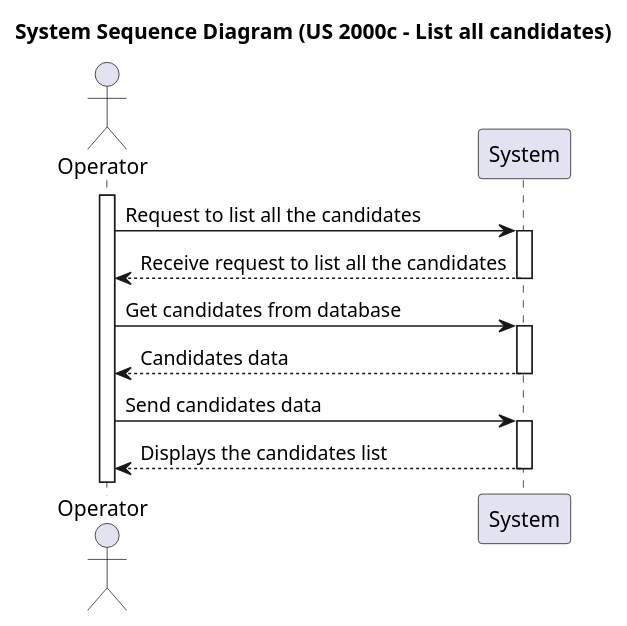
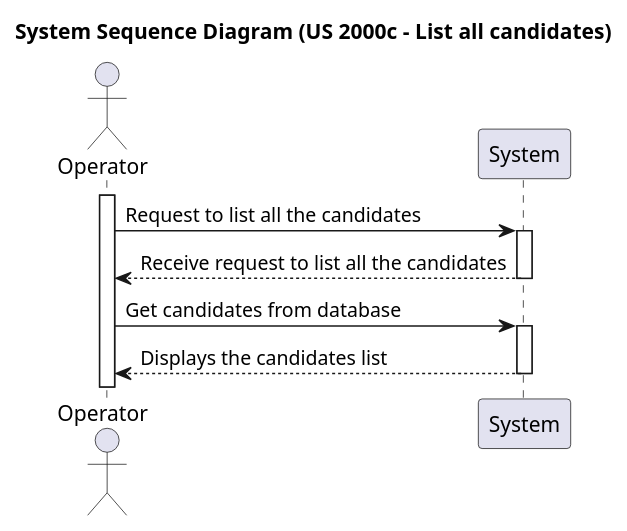
One commit to marcoferreira37/Lapr4 changed the diagram in docs/sprintB/2000c/puml/2000c-system-sequence-diagram.puml. Above: the diagram before and after it, drawn with PlantUML. The commit also changed 4 other files, not shown here.

```diff
--- a/docs/sprintB/2000c/puml/2000c-system-sequence-diagram.puml
+++ b/docs/sprintB/2000c/puml/2000c-system-sequence-diagram.puml
@@ -1,21 +1,17 @@
 @startuml
 title System Sequence Diagram (US 2000c - List all candidates)
 
 actor Operator as Operator
 participant System as "System"
 
 activate Operator
 Operator -> System: Request to list all the candidates
 activate System
 System --> Operator: Receive request to list all the candidates
 deactivate System
 Operator -> System: Get candidates from database
 activate System
-System --> Operator: Candidates data
-deactivate System
-Operator -> System: Send candidates data
-activate System
 System --> Operator: Displays the candidates list
 deactivate System
 
 @enduml
```
